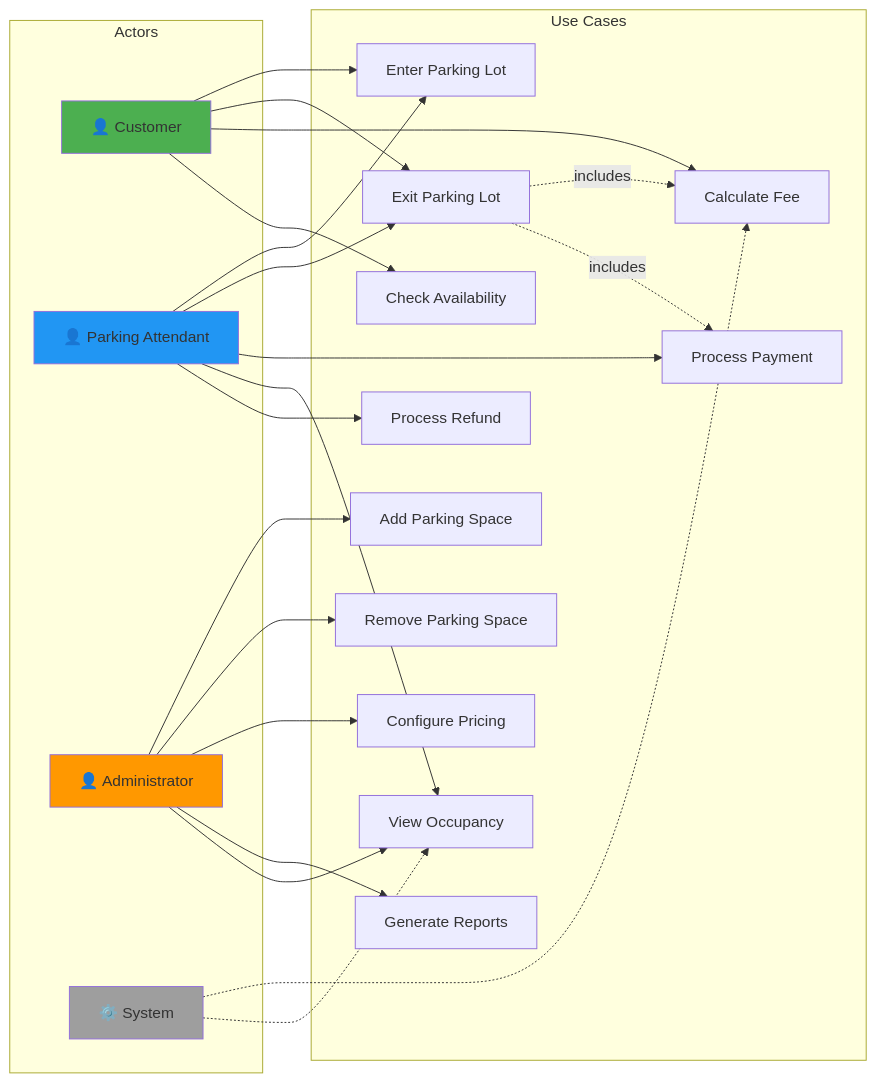
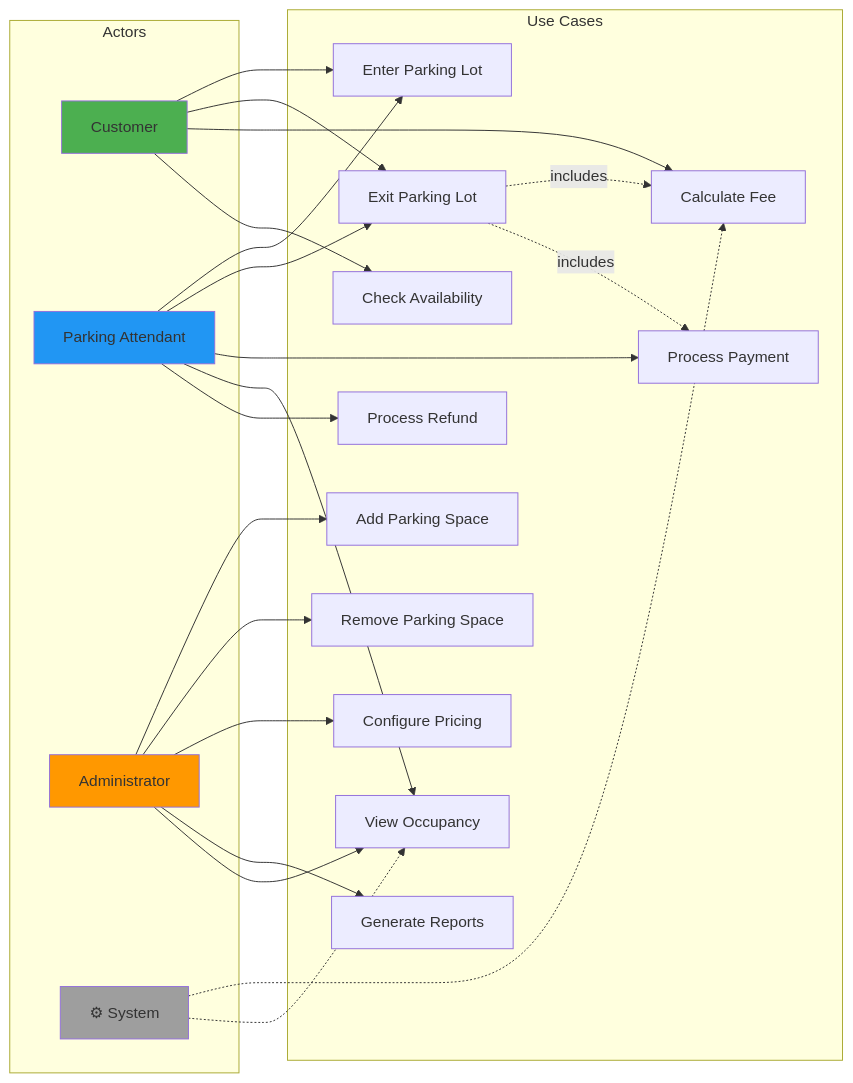
The tenth of 10 diagrams in docs/problems/parkinglot/DIAGRAMS.md (dlkr18/lld-playbook), drawn with Mermaid before and after one commit. The commit also changed other lines of this file and 164 other files, not shown here.

````diff
--- a/docs/problems/parkinglot/DIAGRAMS.md
+++ b/docs/problems/parkinglot/DIAGRAMS.md
@@ -744,51 +744,51 @@
 ```mermaid
 graph LR
     subgraph Actors
-        Customer[👤 Customer]
-        Attendant[👤 Parking Attendant]
-        Admin[👤 Administrator]
-        System[⚙️ System]
+        Customer[Customer]
+        Attendant[Parking Attendant]
+        Admin[Administrator]
+        System[⚙ System]
     end
-    
+
     subgraph UseCases["Use Cases"]
         UC1[Enter Parking Lot]
         UC2[Exit Parking Lot]
         UC3[Calculate Fee]
         UC4[Process Payment]
         UC5[Check Availability]
         UC6[View Occupancy]
         UC7[Add Parking Space]
         UC8[Remove Parking Space]
         UC9[Configure Pricing]
         UC10[Process Refund]
         UC11[Generate Reports]
     end
-    
+
     Customer --> UC1
     Customer --> UC2
     Customer --> UC3
     Customer --> UC5
-    
+
     Attendant --> UC1
     Attendant --> UC2
     Attendant --> UC4
     Attendant --> UC6
     Attendant --> UC10
-    
+
     Admin --> UC7
     Admin --> UC8
     Admin --> UC9
     Admin --> UC11
     Admin --> UC6
-    
+
     System -.-> UC3
     System -.-> UC6
-    
+
     UC2 -.includes.-> UC3
     UC2 -.includes.-> UC4
-    
+
     style Customer fill:#4caf50
     style Attendant fill:#2196f3
     style Admin fill:#ff9800
     style System fill:#9e9e9e
 ```
````
